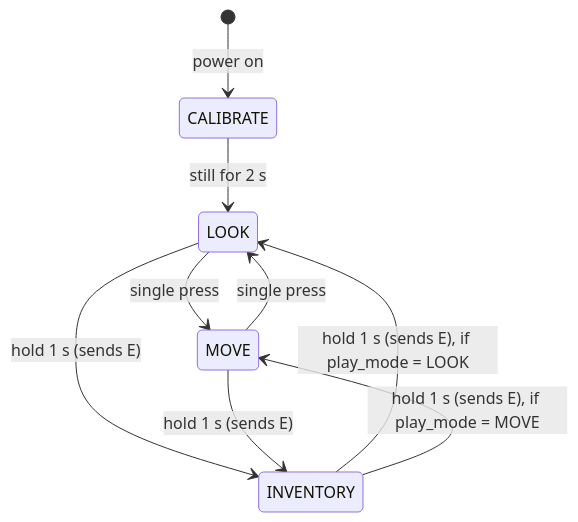
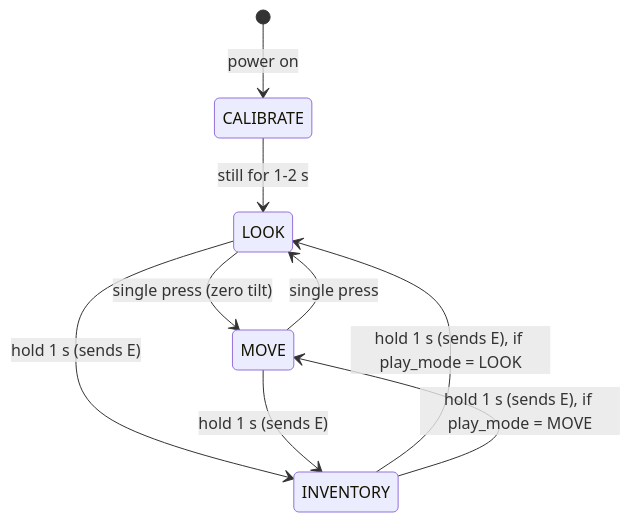
Before and after one commit to oliBrowne/swing-to-mine: the diagram in docs/controls.md, drawn with Mermaid. The commit also changed other lines of this file and 2 other files, not shown here.

````diff
--- a/docs/controls.md
+++ b/docs/controls.md
@@ -87,11 +136,11 @@
 ```mermaid
 stateDiagram-v2
     [*] --> CALIBRATE: power on
-    CALIBRATE --> LOOK: still for 2 s
-    LOOK --> MOVE: single press
+    CALIBRATE --> LOOK: still for 1-2 s
+    LOOK --> MOVE: single press (zero tilt)
     MOVE --> LOOK: single press
     LOOK --> INVENTORY: hold 1 s (sends E)
     MOVE --> INVENTORY: hold 1 s (sends E)
     INVENTORY --> LOOK: hold 1 s (sends E), if play_mode = LOOK
     INVENTORY --> MOVE: hold 1 s (sends E), if play_mode = MOVE
 ```
````
